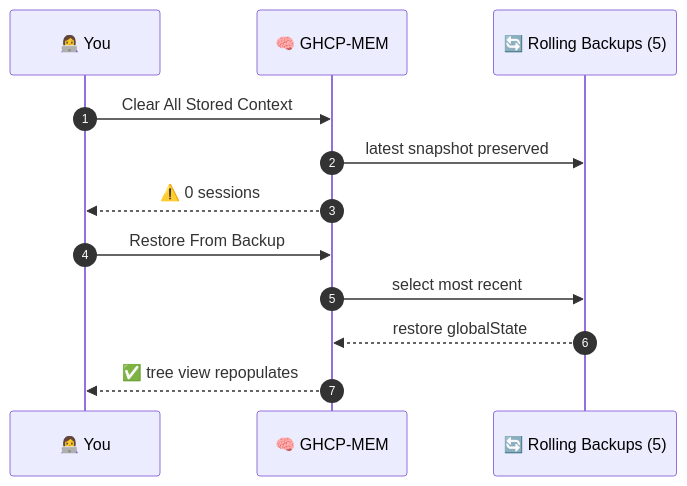
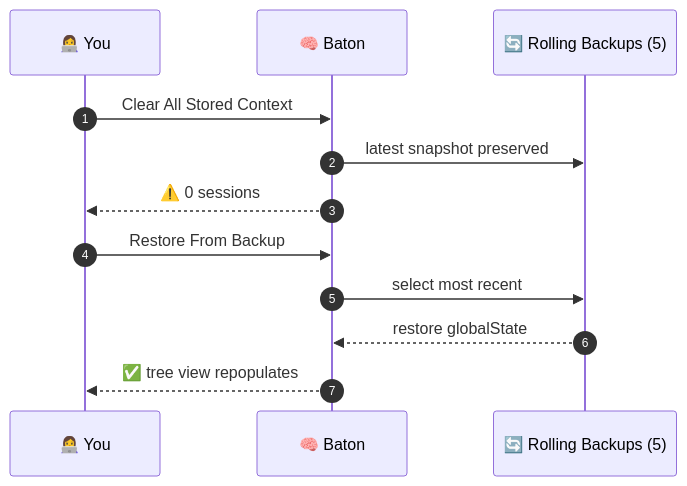
One commit to Oluseyi-Kofoworola/ghcp-mem changed the fourth of 5 diagrams in docs/DEMO.md. Above: the diagram before and after it, drawn with Mermaid. The commit also changed other lines of this file and 45 other files, not shown here.

````diff
--- a/docs/DEMO.md
+++ b/docs/DEMO.md
@@ -175,14 +175,14 @@
 ```mermaid
 sequenceDiagram
     autonumber
     participant U as 👩‍💻 You
-    participant E as 🧠 GHCP-MEM
+    participant E as 🧠 Baton
     participant B as 🔄 Rolling Backups (5)
     U->>E: Clear All Stored Context
     E->>B: latest snapshot preserved
     E-->>U: ⚠️ 0 sessions
     U->>E: Restore From Backup
     E->>B: select most recent
     B-->>E: restore globalState
     E-->>U: ✅ tree view repopulates
 ```
````
